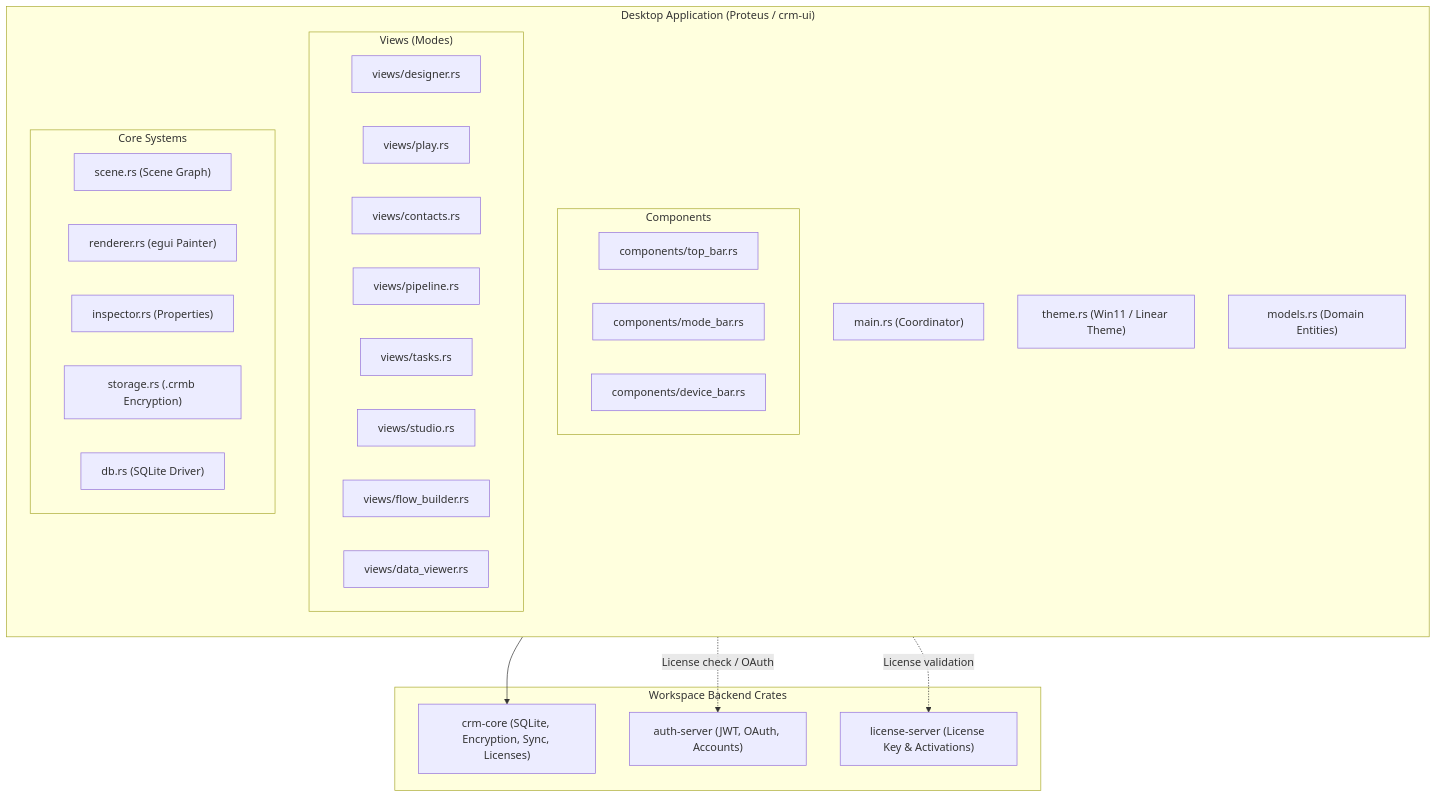
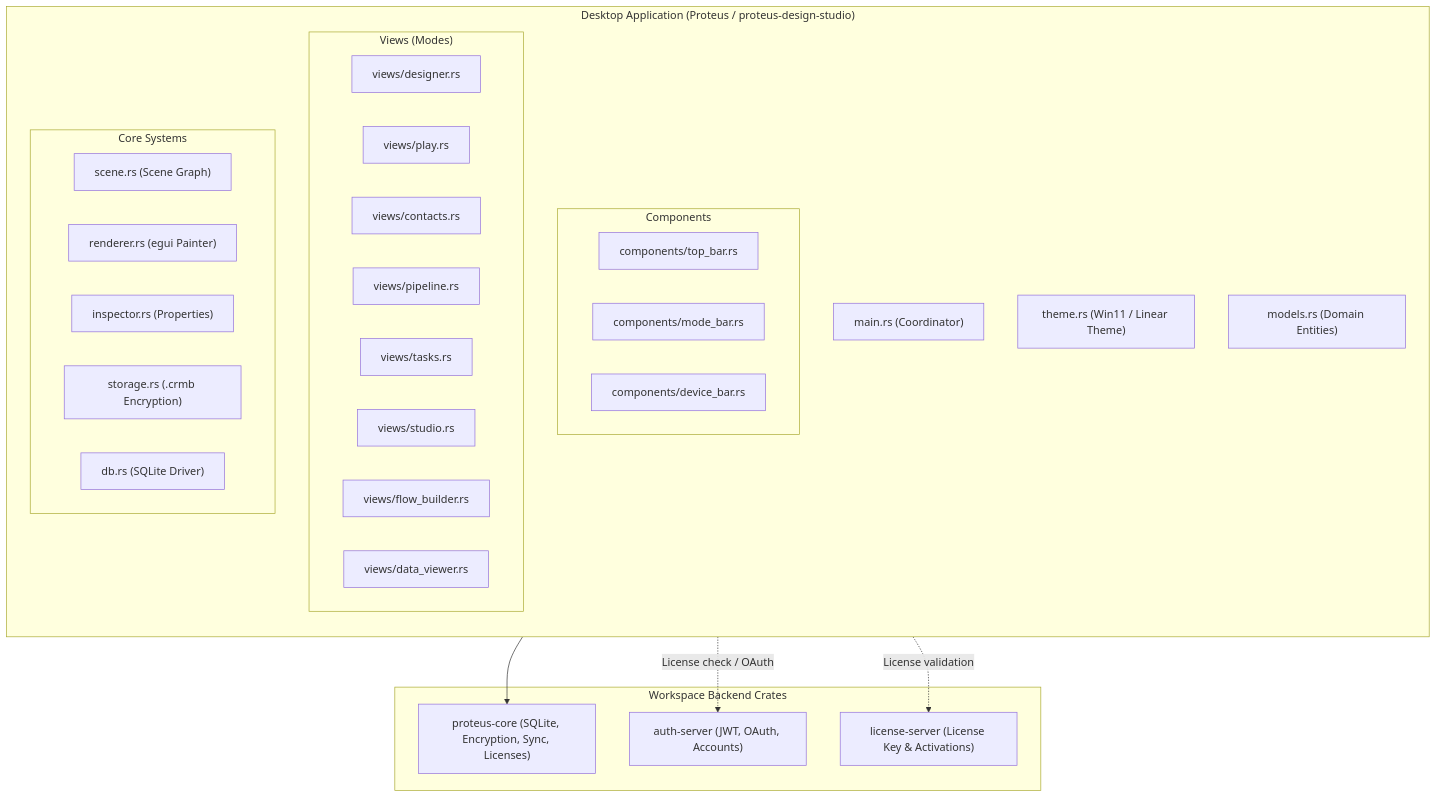
Before and after one commit to Siaftoulis/Proteus: the first of 2 diagrams in vault/Developer/02 - Architecture.md, drawn with Mermaid. The commit also changed other lines of this file and 406 other files, not shown here.

````diff
--- a/vault/Developer/02 - Architecture.md
+++ b/vault/Developer/02 - Architecture.md
@@ -19,44 +19,44 @@
 ```mermaid
 flowchart TB
-    subgraph DesktopApp["Desktop Application (Proteus / crm-ui)"]
+    subgraph DesktopApp["Desktop Application (Proteus / proteus-design-studio)"]
         direction TB
         Main["main.rs (Coordinator)"]
         Theme["theme.rs (Win11 / Linear Theme)"]
         Models["models.rs (Domain Entities)"]
         
         subgraph UIComponents["Components"]
             TopBar["components/top_bar.rs"]
             ModeBar["components/mode_bar.rs"]
             DeviceBar["components/device_bar.rs"]
         end
         
         subgraph Views["Views (Modes)"]
             VDes["views/designer.rs"]
             VPlay["views/play.rs"]
             VCon["views/contacts.rs"]
             VPipe["views/pipeline.rs"]
             VTask["views/tasks.rs"]
             VStu["views/studio.rs"]
             VFlow["views/flow_builder.rs"]
             VData["views/data_viewer.rs"]
         end
         
         subgraph CoreEngines["Core Systems"]
             Scene["scene.rs (Scene Graph)"]
             Renderer["renderer.rs (egui Painter)"]
             Inspector["inspector.rs (Properties)"]
             Storage["storage.rs (.crmb Encryption)"]
             DBLocal["db.rs (SQLite Driver)"]
         end
     end
 
     subgraph BackendCrates["Workspace Backend Crates"]
-        CRMCore["crm-core (SQLite, Encryption, Sync, Licenses)"]
+        CRMCore["proteus-core (SQLite, Encryption, Sync, Licenses)"]
         AuthServer["auth-server (JWT, OAuth, Accounts)"]
         LicenseServer["license-server (License Key & Activations)"]
     end
 
     DesktopApp --> CRMCore
     DesktopApp -.->|License check / OAuth| AuthServer
     DesktopApp -.->|License validation| LicenseServer
 ```
````
